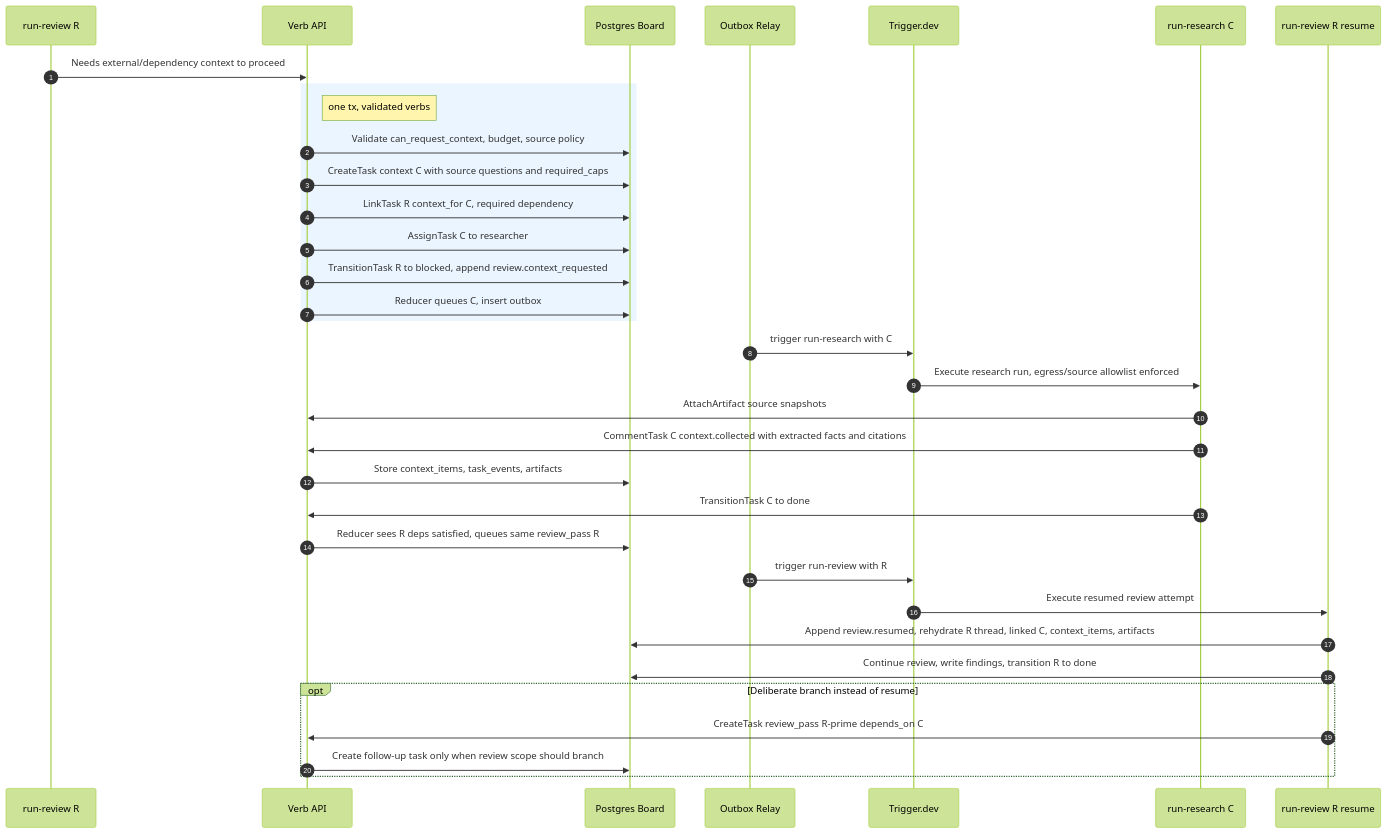
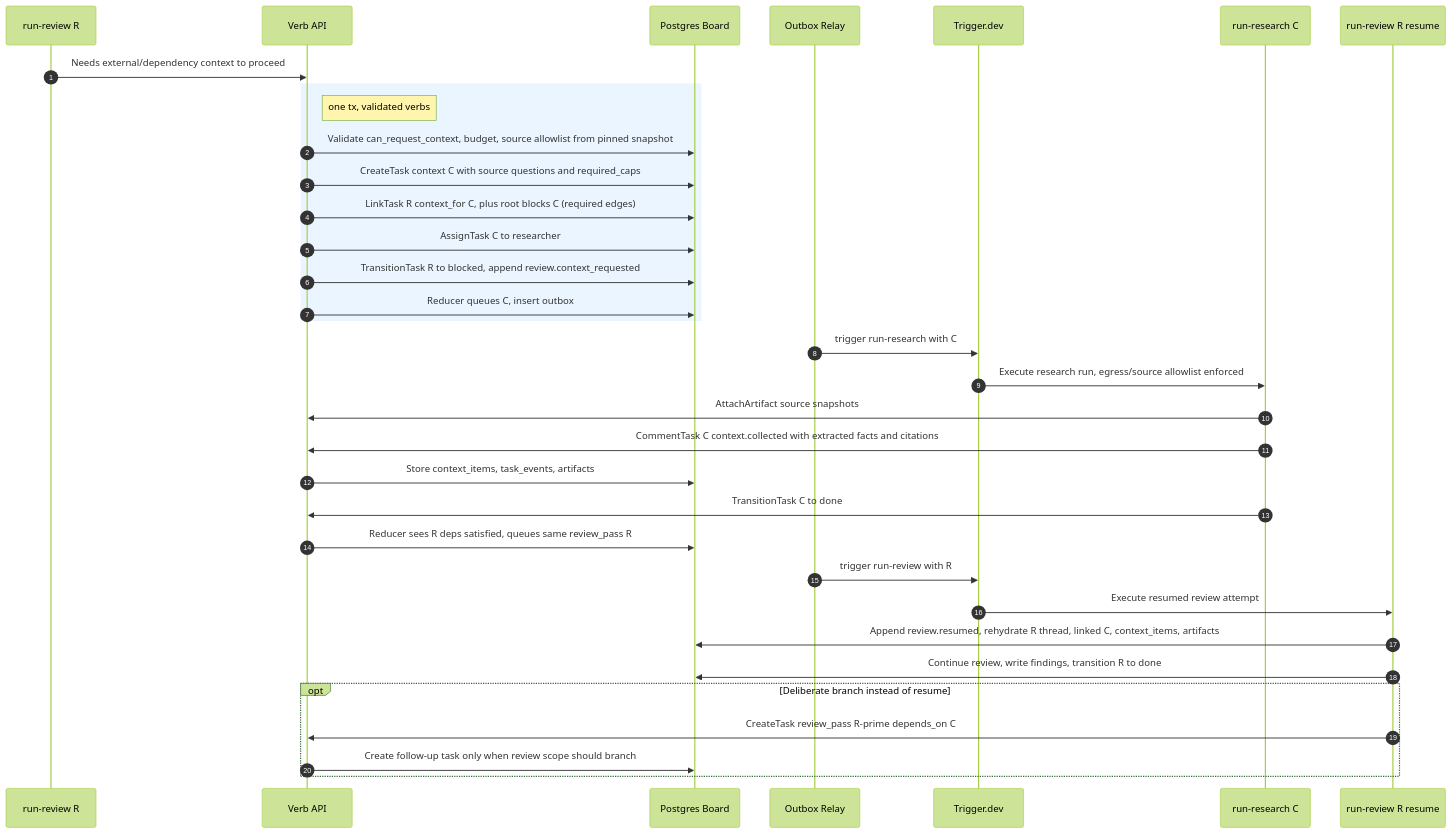
One commit to keon/jina-context-wiki-e2e-20260808 changed the eighth of 9 diagrams in docs/SEQUENCE_DIAGRAM.md. Above: the diagram before and after it, drawn with Mermaid (forest theme). The commit also changed other lines of this file and 28 other files, not shown here.

````diff
--- a/docs/SEQUENCE_DIAGRAM.md
+++ b/docs/SEQUENCE_DIAGRAM.md
@@ -242,36 +235,36 @@
 ```mermaid
 sequenceDiagram
     autonumber
     participant R as run-review R
     participant API as Verb API
     participant Board as Postgres Board
     participant Relay as Outbox Relay
     participant Trigger as Trigger.dev
     participant Research as run-research C
     participant Rp as run-review R resume
     R->>API: Needs external/dependency context to proceed
     rect rgb(235,245,255)
     note right of API: one tx, validated verbs
-    API->>Board: Validate can_request_context, budget, source policy
+    API->>Board: Validate can_request_context, budget, source allowlist from pinned snapshot
     API->>Board: CreateTask context C with source questions and required_caps
-    API->>Board: LinkTask R context_for C, required dependency
+    API->>Board: LinkTask R context_for C, plus root blocks C (required edges)
     API->>Board: AssignTask C to researcher
     API->>Board: TransitionTask R to blocked, append review.context_requested
     API->>Board: Reducer queues C, insert outbox
     end
     Relay->>Trigger: trigger run-research with C
     Trigger->>Research: Execute research run, egress/source allowlist enforced
     Research->>API: AttachArtifact source snapshots
     Research->>API: CommentTask C context.collected with extracted facts and citations
     API->>Board: Store context_items, task_events, artifacts
     Research->>API: TransitionTask C to done
     API->>Board: Reducer sees R deps satisfied, queues same review_pass R
     Relay->>Trigger: trigger run-review with R
     Trigger->>Rp: Execute resumed review attempt
     Rp->>Board: Append review.resumed, rehydrate R thread, linked C, context_items, artifacts
     Rp->>Board: Continue review, write findings, transition R to done
     opt Deliberate branch instead of resume
         Rp->>API: CreateTask review_pass R-prime depends_on C
         API->>Board: Create follow-up task only when review scope should branch
     end
 ```
````
